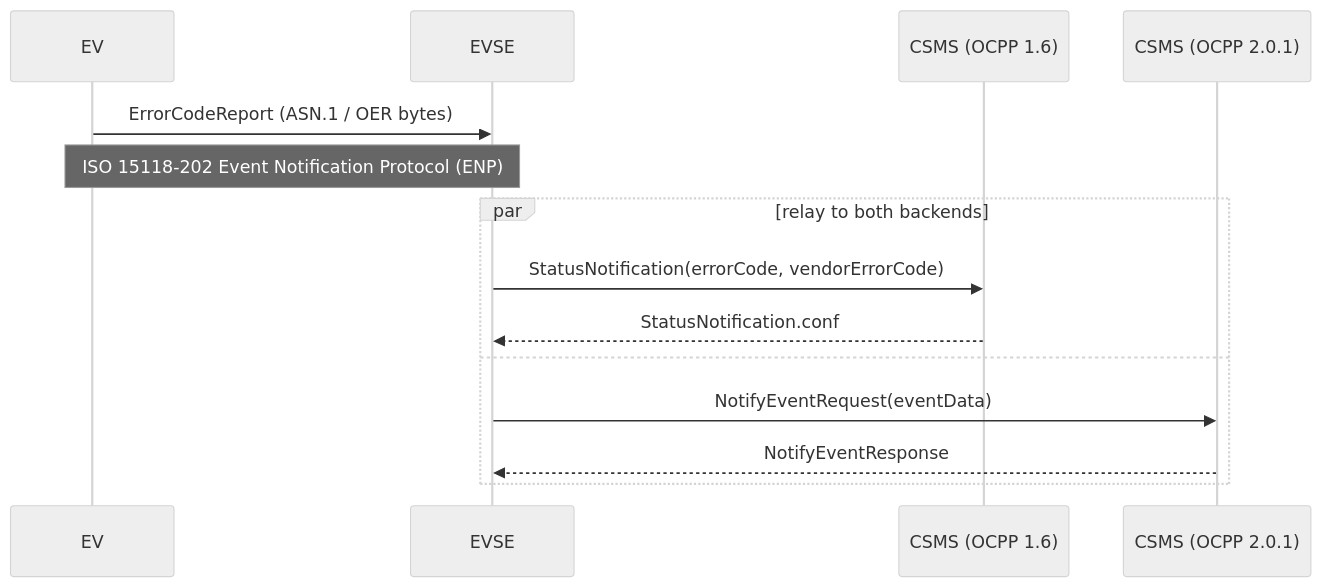
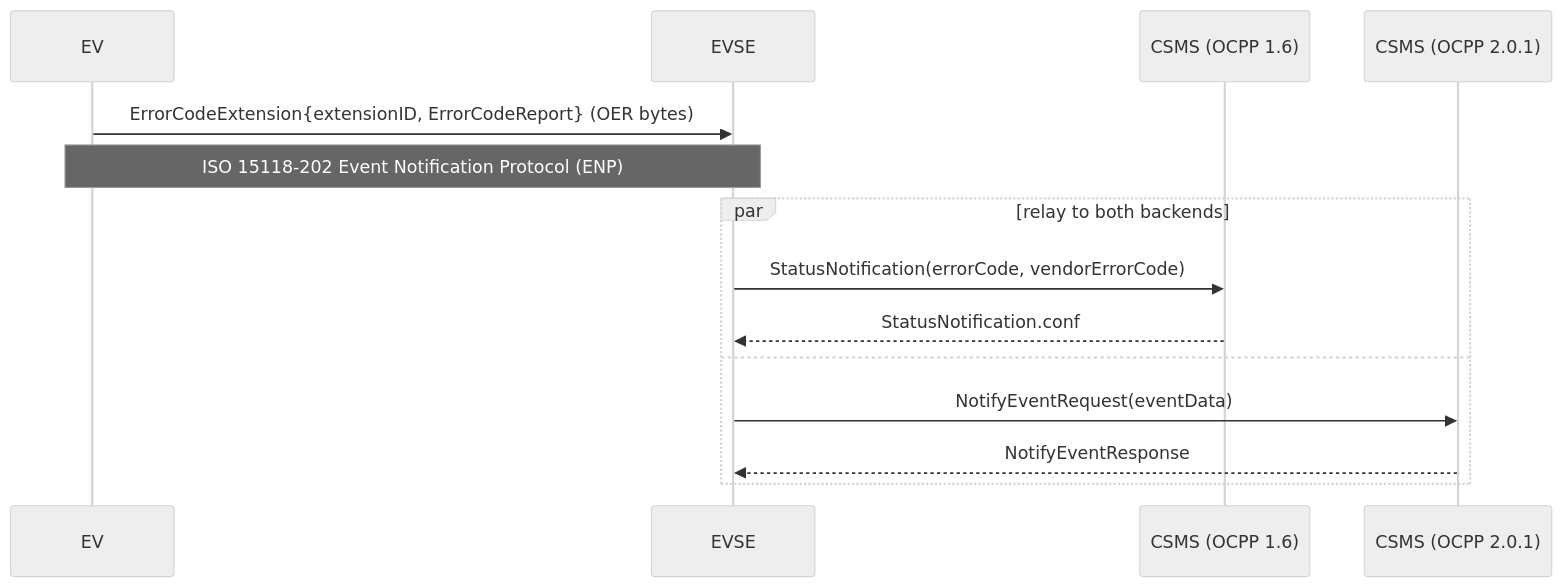
Before and after one commit to unified-error-codes/specification: the diagram in examples/error-code-exchange/ARCHITECTURE.md, drawn with Mermaid (neutral theme). The commit also changed other lines of this file and 5 other files, not shown here.

First line of the commit message:
feat: demo wraps/unwraps the report as an ENP extension

````diff
--- a/examples/error-code-exchange/ARCHITECTURE.md
+++ b/examples/error-code-exchange/ARCHITECTURE.md
@@ -12,17 +12,17 @@
 ```mermaid
 sequenceDiagram
     participant EV
     participant EVSE
     participant CSMS16 as CSMS (OCPP 1.6)
     participant CSMS201 as CSMS (OCPP 2.0.1)
 
-    EV->>EVSE: ErrorCodeReport (ASN.1 / OER bytes)
+    EV->>EVSE: ErrorCodeExtension{extensionID, ErrorCodeReport} (OER bytes)
     Note over EV,EVSE: ISO 15118-202 Event Notification Protocol (ENP)
     par relay to both backends
         EVSE->>CSMS16: StatusNotification(errorCode, vendorErrorCode)
         CSMS16-->>EVSE: StatusNotification.conf
     and
         EVSE->>CSMS201: NotifyEventRequest(eventData)
         CSMS201-->>EVSE: NotifyEventResponse
     end
 ```
````
